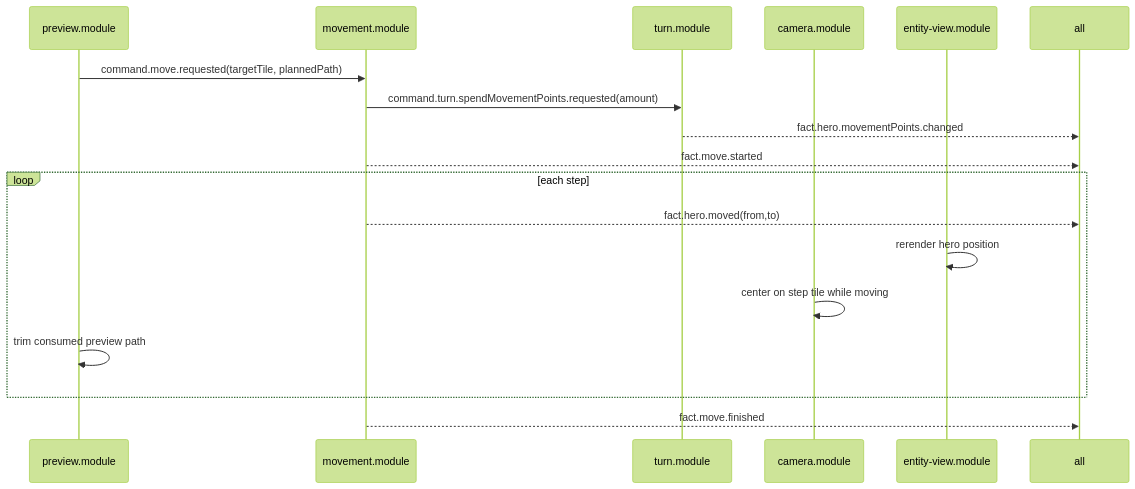
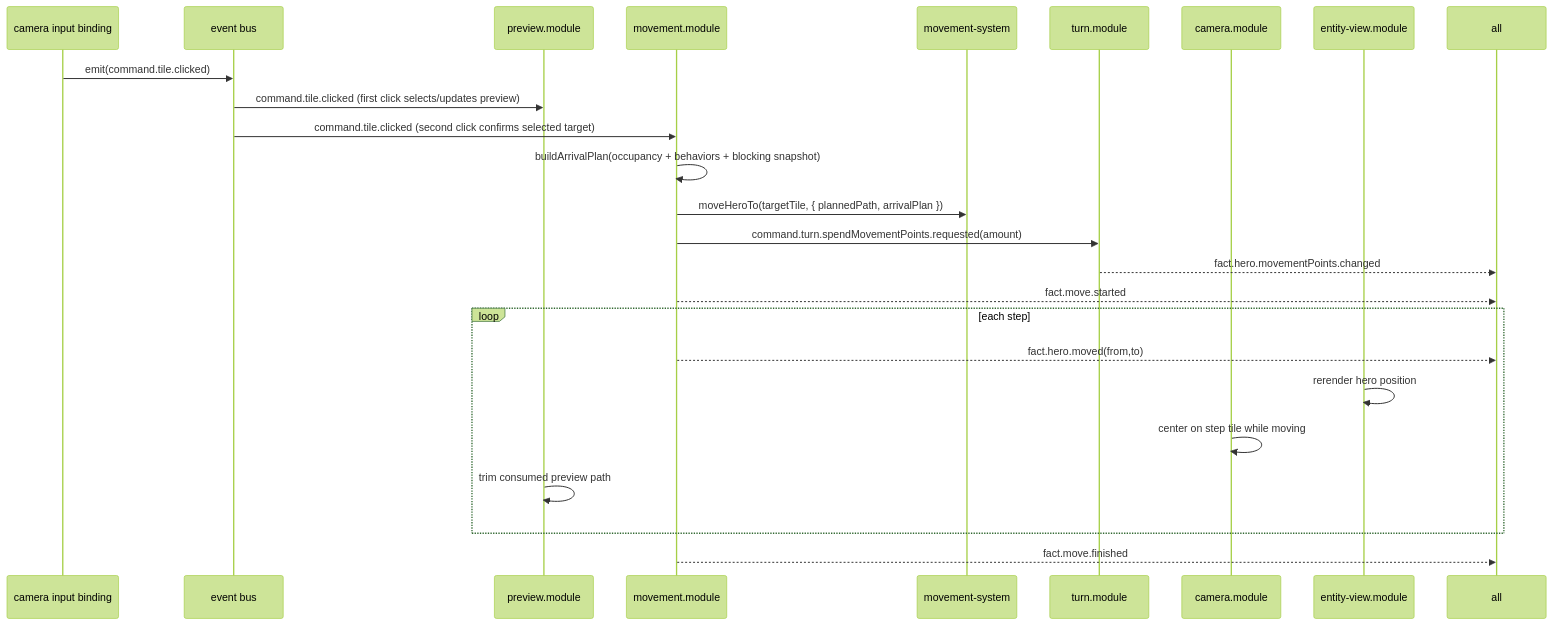
Before and after one commit to jakubjanczyk/heroes-3-js: the fourth of 4 diagrams in docs/v1/ARCHITECTURE.md, drawn with Mermaid (forest theme). The commit also changed other lines of this file and 18 other files, not shown here.

Commit message:
architecture: centralize domain planning and event ownership

````diff
--- a/docs/v1/ARCHITECTURE.md
+++ b/docs/v1/ARCHITECTURE.md
@@ -231,20 +239,27 @@
 ```mermaid
 sequenceDiagram
+  participant Input as camera input binding
+  participant Bus as event bus
   participant Preview as preview.module
   participant Movement as movement.module
+  participant MovementSystem as movement-system
   participant Turn as turn.module
   participant Camera as camera.module
   participant EntityView as entity-view.module
 
-  Preview->>Movement: command.move.requested(targetTile, plannedPath)
+  Input->>Bus: emit(command.tile.clicked)
+  Bus->>Preview: command.tile.clicked (first click selects/updates preview)
+  Bus->>Movement: command.tile.clicked (second click confirms selected target)
+  Movement->>Movement: buildArrivalPlan(occupancy + behaviors + blocking snapshot)
+  Movement->>MovementSystem: moveHeroTo(targetTile, { plannedPath, arrivalPlan })
   Movement->>Turn: command.turn.spendMovementPoints.requested(amount)
   Turn-->>all: fact.hero.movementPoints.changed
   Movement-->>all: fact.move.started
   loop each step
     Movement-->>all: fact.hero.moved(from,to)
     EntityView->>EntityView: rerender hero position
     Camera->>Camera: center on step tile while moving
     Preview->>Preview: trim consumed preview path
   end
   Movement-->>all: fact.move.finished
 ```
````
